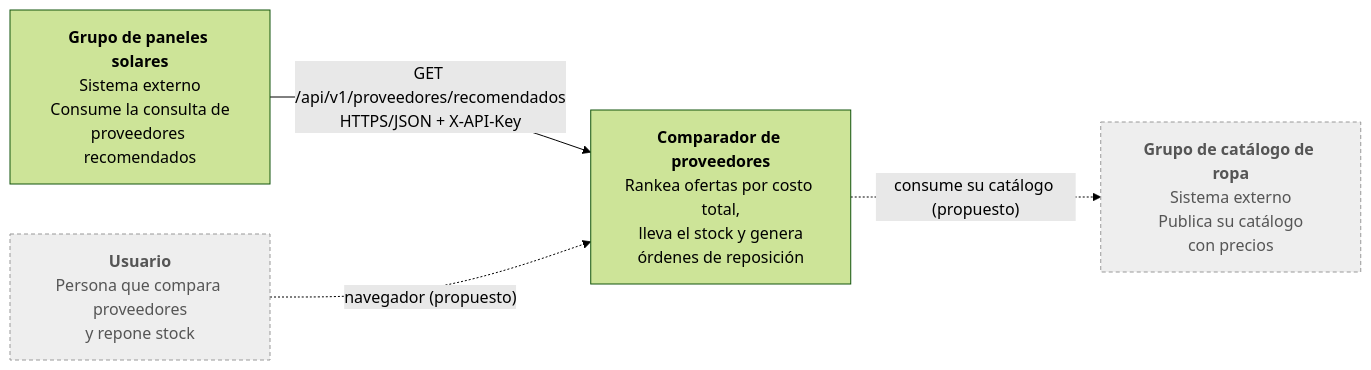
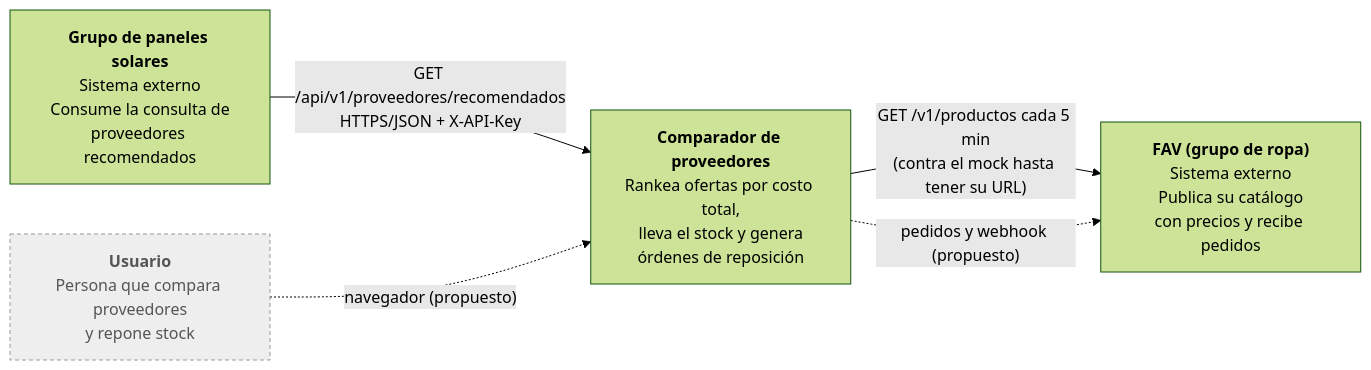
One commit to matiasdemetriorufeil/arq-soft-proveedores changed the first of 3 diagrams in docs/ARCHITECTURE.md. Above: the diagram before and after it, drawn with Mermaid (forest theme). The commit also changed other lines of this file and 6 other files, not shown here.

````diff
--- a/docs/ARCHITECTURE.md
+++ b/docs/ARCHITECTURE.md
@@ -30,15 +32,16 @@
 ```mermaid
 flowchart LR
     paneles["<b>Grupo de paneles solares</b><br/>Sistema externo<br/>Consume la consulta de<br/>proveedores recomendados"]
     usuario["<b>Usuario</b><br/>Persona que compara proveedores<br/>y repone stock"]
-    ropa["<b>Grupo de catálogo de ropa</b><br/>Sistema externo<br/>Publica su catálogo<br/>con precios"]
+    ropa["<b>FAV (grupo de ropa)</b><br/>Sistema externo<br/>Publica su catálogo<br/>con precios y recibe pedidos"]
 
     sistema["<b>Comparador de proveedores</b><br/>Rankea ofertas por costo total,<br/>lleva el stock y genera<br/>órdenes de reposición"]
 
     paneles -- "GET /api/v1/proveedores/recomendados<br/>HTTPS/JSON + X-API-Key" --> sistema
     usuario -. "navegador (propuesto)" .-> sistema
-    sistema -. "consume su catálogo (propuesto)" .-> ropa
+    sistema -- "GET /v1/productos cada 5 min<br/>(contra el mock hasta tener su URL)" --> ropa
+    sistema -. "pedidos y webhook (propuesto)" .-> ropa
 
     classDef propuesto fill:#eeeeee,stroke:#999999,stroke-dasharray: 4 3,color:#555555
-    class usuario,ropa propuesto
+    class usuario propuesto
 ```
````
